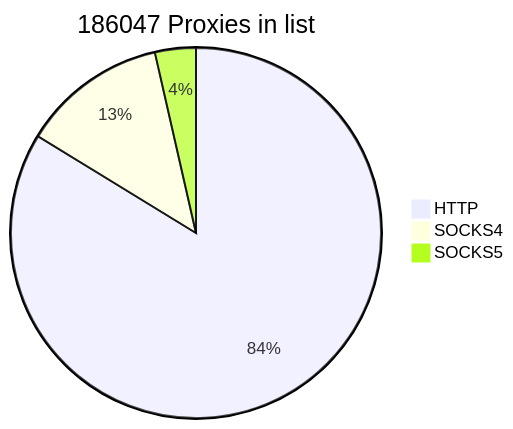
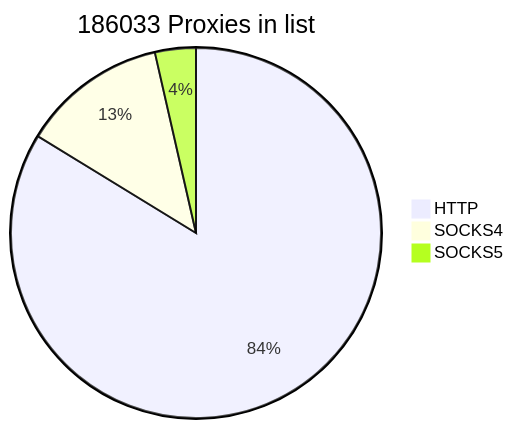
The first of 2 diagrams in README.md (cutipu/proxylist), drawn with Mermaid before and after one commit. The commit also changed other lines of this file, not shown here.

````diff
--- a/README.md
+++ b/README.md
@@ -2,7 +2,7 @@
 ```mermaid
-pie title 186047 Proxies in list
-    "HTTP" : 155791
+pie title 186033 Proxies in list
+    "HTTP" : 155777
     "SOCKS4" : 23622
     "SOCKS5" : 6634
             
 ```
````
